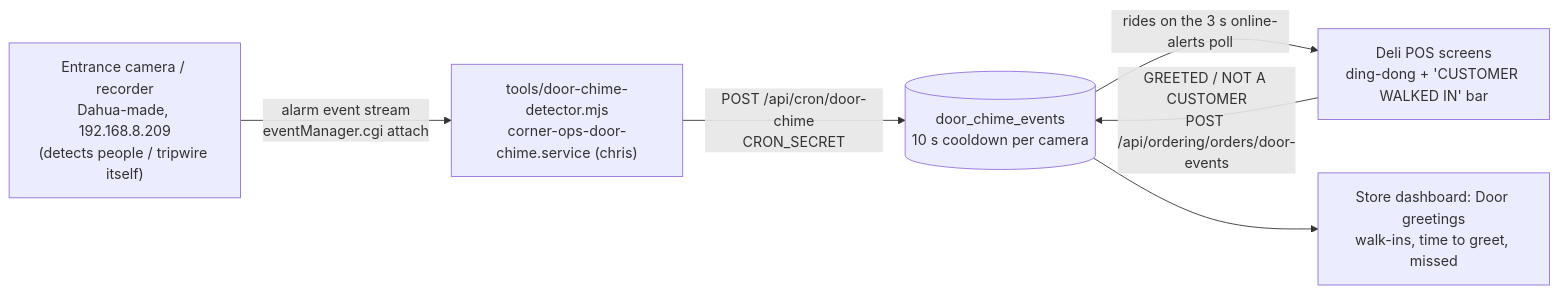
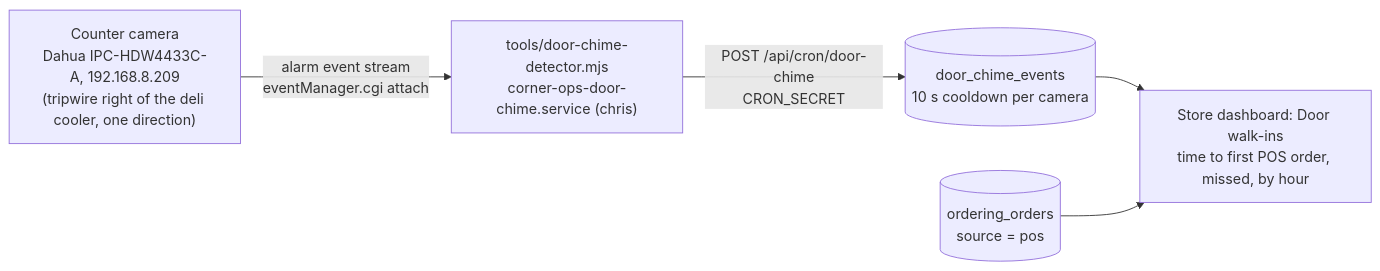
One commit to metalcoat/corner-ops changed the seventh of 7 diagrams in docs/PROCESS-MAP.md. Above: the diagram before and after it, drawn with Mermaid. The commit also changed other lines of this file and 14 other files, not shown here.

First line of the commit message:
Walk-ins: dashboard-only time to first POS order

````diff
--- a/docs/PROCESS-MAP.md
+++ b/docs/PROCESS-MAP.md
@@ -260,8 +260,7 @@
 ```mermaid
 flowchart LR
-  cam["Entrance camera / recorder<br/>Dahua-made, 192.168.8.209<br/>(detects people / tripwire itself)"] -->|"alarm event stream<br/>eventManager.cgi attach"| det["tools/door-chime-detector.mjs<br/>corner-ops-door-chime.service (chris)"]
+  cam["Counter camera<br/>Dahua IPC-HDW4433C-A, 192.168.8.209<br/>(tripwire right of the deli cooler, one direction)"] -->|"alarm event stream<br/>eventManager.cgi attach"| det["tools/door-chime-detector.mjs<br/>corner-ops-door-chime.service (chris)"]
   det -->|"POST /api/cron/door-chime<br/>CRON_SECRET"| ev[(door_chime_events<br/>10 s cooldown per camera)]
-  ev -->|"rides on the 3 s online-alerts poll"| pos["Deli POS screens<br/>ding-dong + 'CUSTOMER WALKED IN' bar"]
-  pos -->|"GREETED / NOT A CUSTOMER<br/>POST /api/ordering/orders/door-events"| ev
-  ev --> dash["Store dashboard: Door greetings<br/>walk-ins, time to greet, missed"]
+  ev --> dash["Store dashboard: Door walk-ins<br/>time to first POS order, missed, by hour"]
+  ord[(ordering_orders<br/>source = pos)] --> dash
 ```
````
